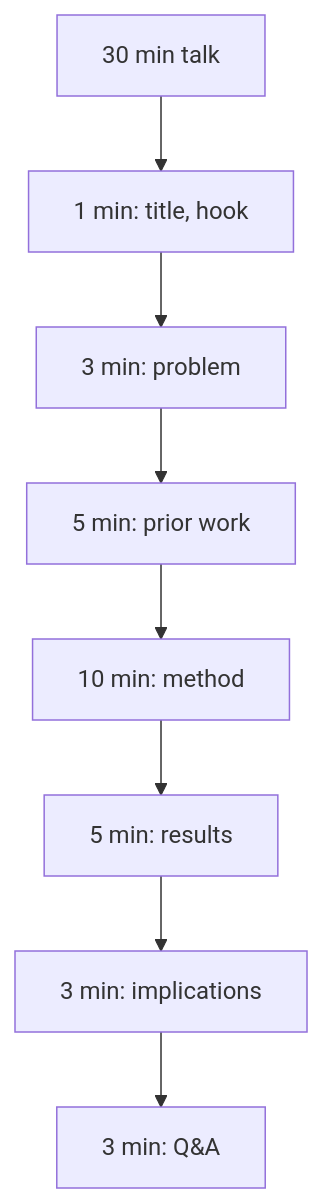
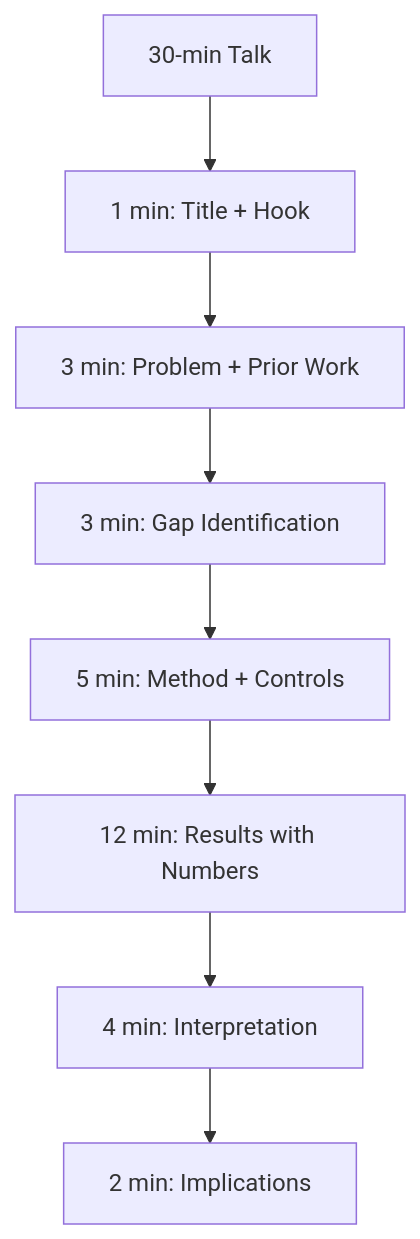
The second of 8 diagrams in 01_BSc_Physics/electives/PHYS_2080_Physics_Seminar_I/README.md (yip-lgtm/PhysicsSelfStudy), drawn with Mermaid before and after one commit. The commit also changed other lines of this file and 17 other files, not shown here.

````diff
--- a/01_BSc_Physics/electives/PHYS_2080_Physics_Seminar_I/README.md
+++ b/01_BSc_Physics/electives/PHYS_2080_Physics_Seminar_I/README.md
@@ -125,10 +149,10 @@
 ```mermaid
 graph TD
-    A[30 min talk] --> B[1 min: title, hook]
-    B --> C[3 min: problem]
-    C --> D[5 min: prior work]
-    D --> E[10 min: method]
-    E --> F[5 min: results]
-    F --> G[3 min: implications]
-    G --> H[3 min: Q&A]
+    A[30-min Talk] --> B[1 min: Title + Hook]
+    B --> C[3 min: Problem + Prior Work]
+    C --> D[3 min: Gap Identification]
+    D --> E[5 min: Method + Controls]
+    E --> F[12 min: Results with Numbers]
+    F --> G[4 min: Interpretation]
+    G --> H[2 min: Implications]
 ```
````
